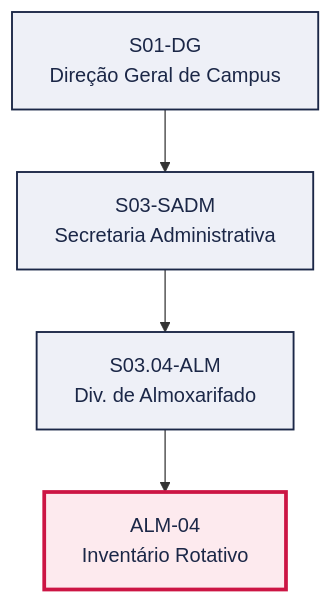
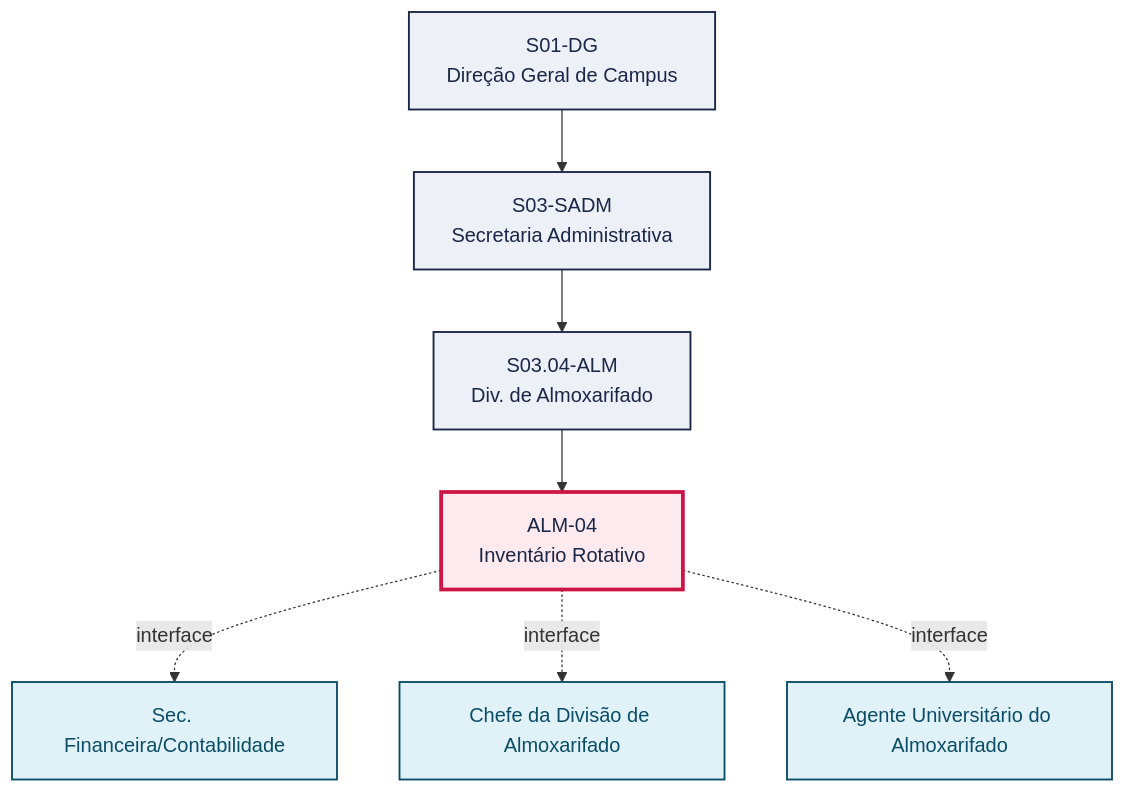
The first of 2 diagrams in pops/ALM/ALM-04.md (jessefers/canvas-vivo-atdg), drawn with Mermaid before and after one commit. The commit also changed other lines of this file and 9 other files, not shown here.

````diff
--- a/pops/ALM/ALM-04.md
+++ b/pops/ALM/ALM-04.md
@@ -49,15 +52,22 @@
 ```mermaid
 graph TD
   S01_DG["S01-DG<br/>Direção Geral de Campus"]
   S03_SADM["S03-SADM<br/>Secretaria Administrativa"]
   S01_DG --> S03_SADM
   S03_04_ALM["S03.04-ALM<br/>Div. de Almoxarifado"]
   S03_SADM --> S03_04_ALM
   P["ALM-04<br/>Inventário Rotativo"]
   S03_04_ALM --> P
+  V1["Sec. Financeira/Contabilidade"]
+  P -. interface .-> V1
+  V2["Chefe da Divisão de Almoxarifado"]
+  P -. interface .-> V2
+  V3["Agente Universitário do Almoxarifado"]
+  P -. interface .-> V3
   classDef setor fill:#EEF0F7,stroke:#1B2747,stroke-width:1.5px,color:#1B2747
   classDef destaque fill:#FDEAEE,stroke:#CC1544,stroke-width:3px,color:#1B2747
   classDef vizinho fill:#E0F2F8,stroke:#0B4D66,stroke-width:1.5px,color:#0B4D66
   class S01_DG,S03_SADM,S03_04_ALM setor
   class P destaque
+  class V1,V2,V3 vizinho
 ```
````
